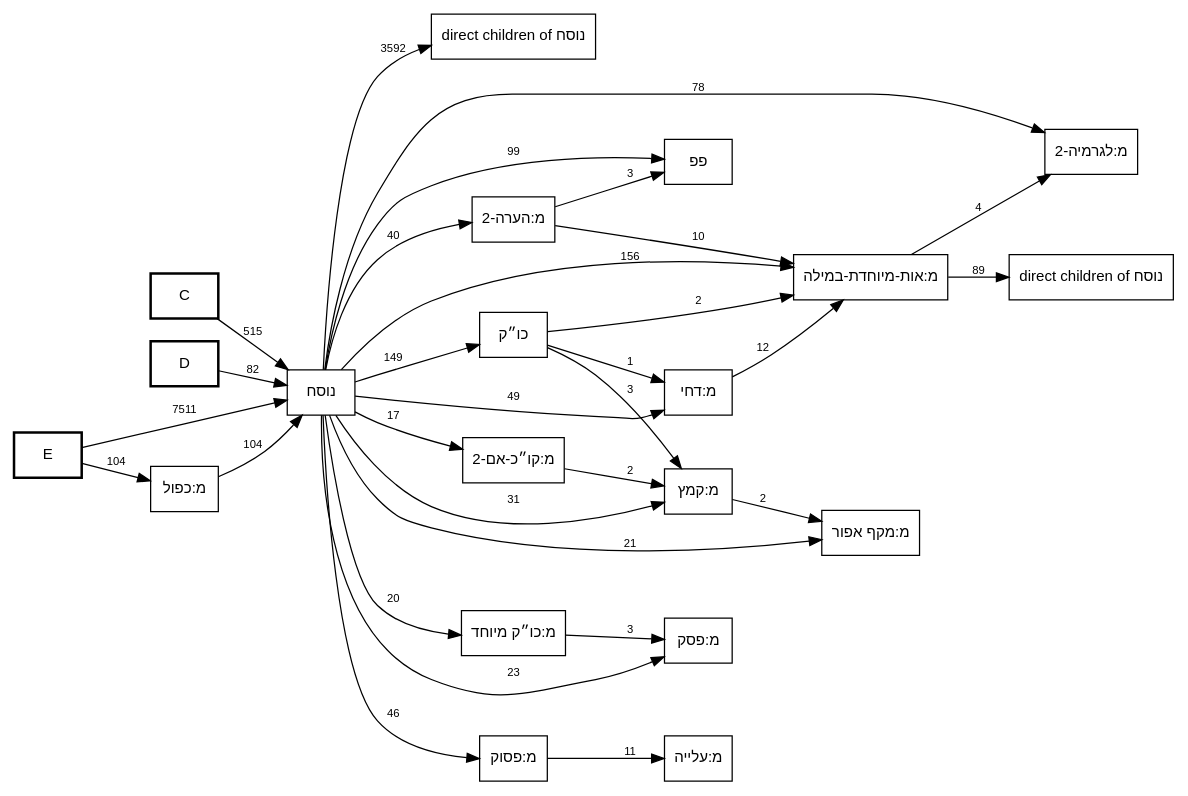
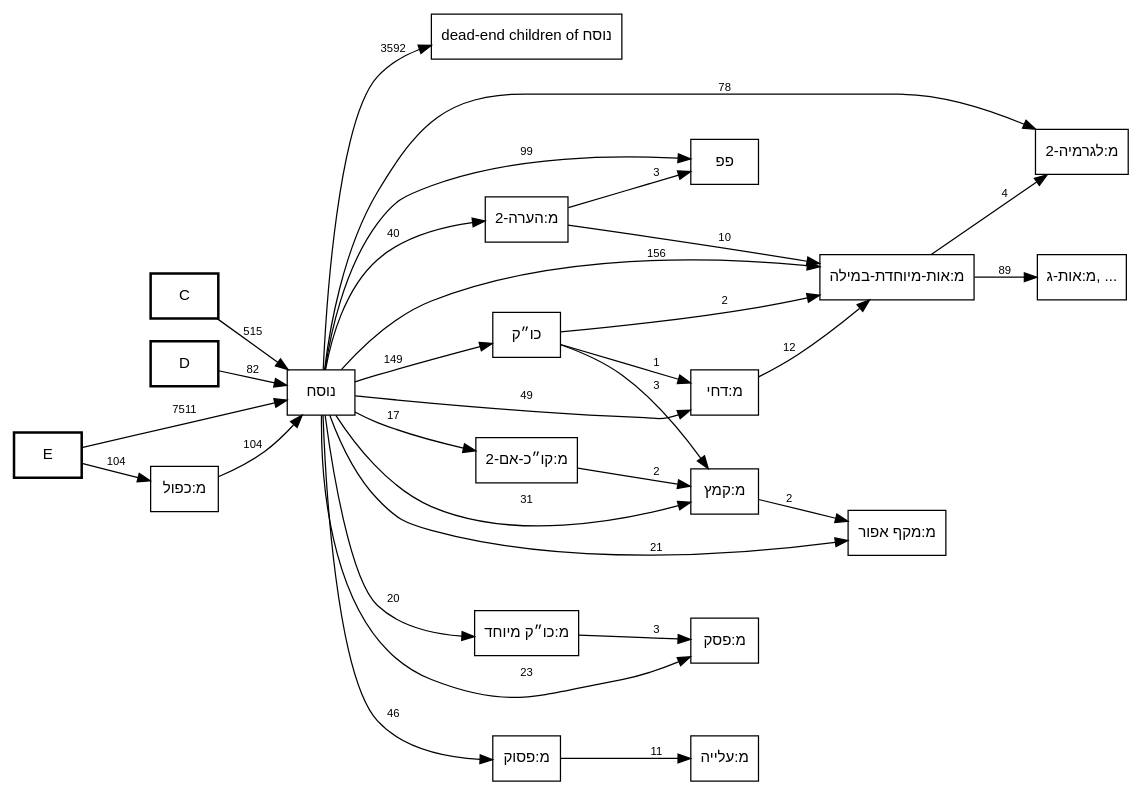
Before and after one commit to bdenckla/MAM-basics: the diagram in out/MAM-tmpl-survey/plus-nusach-call-graph.dot, drawn with Graphviz. The commit also changed 3 other files, not shown here.

First line of the commit message:
Refine focused nusach collapse labels to avoid false "direct children" groups

```diff
--- a/out/MAM-tmpl-survey/plus-nusach-call-graph.dot
+++ b/out/MAM-tmpl-survey/plus-nusach-call-graph.dot
@@ -1,69 +1,69 @@
 // This file was generated by MAM-basics/py/main_tmpl_survey.py.
 // Do not edit by hand.
 digraph template_call_graph {
     rankdir=LR;
     node [fontname="SBL Hebrew,Helvetica", fontsize=12];
     edge [fontname="Helvetica", fontsize=9];
     graph [comment="This file was generated by MAM-basics/py/main_tmpl_survey.py."];
 
     // Column nodes
     node [shape=box, style=bold];
     "C";
     "D";
     "E";
 
     // Template nodes
     node [shape=box, style=""];
-    "direct children of נוסח" [tooltip="כתיב ולא קרי
+    "dead-end children of נוסח" [tooltip="כתיב ולא קרי
 מ:אין פרשה בתחילת פרק
 מ:אין פרשה בתחילת פרק בספרי אמ״ת
 מ:נו״ן הפוכה
 מ:צינור
 מ:קישור בהערה
 מ:קישור פנימי בהערה
 מודגש
 סס
 ססס
 פפפ
 קו״כ
 קרי ולא כתיב
 ר0
 ר1
 ר3
 ר4
 ש"];
-    "direct children of נוסח (2)" [label="direct children of נוסח", tooltip="מ:אות-ג
+    "מ:אות-ג, ..." [tooltip="מ:אות-ג
 מ:אות-ק"];
 
     // Edges
     "C" -> "נוסח" [label="515"];
     "D" -> "נוסח" [label="82"];
     "E" -> "מ:כפול" [label="104"];
     "E" -> "נוסח" [label="7511"];
     "כו״ק" -> "מ:אות-מיוחדת-במילה" [label="2"];
     "כו״ק" -> "מ:דחי" [label="1"];
     "כו״ק" -> "מ:קמץ" [label="3"];
-    "מ:אות-מיוחדת-במילה" -> "direct children of נוסח (2)" [label="89"];
+    "מ:אות-מיוחדת-במילה" -> "מ:אות-ג, ..." [label="89"];
     "מ:אות-מיוחדת-במילה" -> "מ:לגרמיה-2" [label="4"];
     "מ:דחי" -> "מ:אות-מיוחדת-במילה" [label="12"];
     "מ:הערה-2" -> "מ:אות-מיוחדת-במילה" [label="10"];
     "מ:הערה-2" -> "פפ" [label="3"];
     "מ:כו״ק מיוחד" -> "מ:פסק" [label="3"];
     "מ:כפול" -> "נוסח" [label="104"];
     "מ:פסוק" -> "מ:עלייה" [label="11"];
     "מ:קו״כ-אם-2" -> "מ:קמץ" [label="2"];
     "מ:קמץ" -> "מ:מקף אפור" [label="2"];
     "נוסח" -> "כו״ק" [label="149"];
-    "נוסח" -> "direct children of נוסח" [label="3592"];
+    "נוסח" -> "dead-end children of נוסח" [label="3592"];
     "נוסח" -> "מ:אות-מיוחדת-במילה" [label="156"];
     "נוסח" -> "מ:דחי" [label="49"];
     "נוסח" -> "מ:הערה-2" [label="40"];
     "נוסח" -> "מ:כו״ק מיוחד" [label="20"];
     "נוסח" -> "מ:לגרמיה-2" [label="78"];
     "נוסח" -> "מ:מקף אפור" [label="21"];
     "נוסח" -> "מ:פסוק" [label="46"];
     "נוסח" -> "מ:פסק" [label="23"];
     "נוסח" -> "מ:קו״כ-אם-2" [label="17"];
     "נוסח" -> "מ:קמץ" [label="31"];
     "נוסח" -> "פפ" [label="99"];
 }
```
